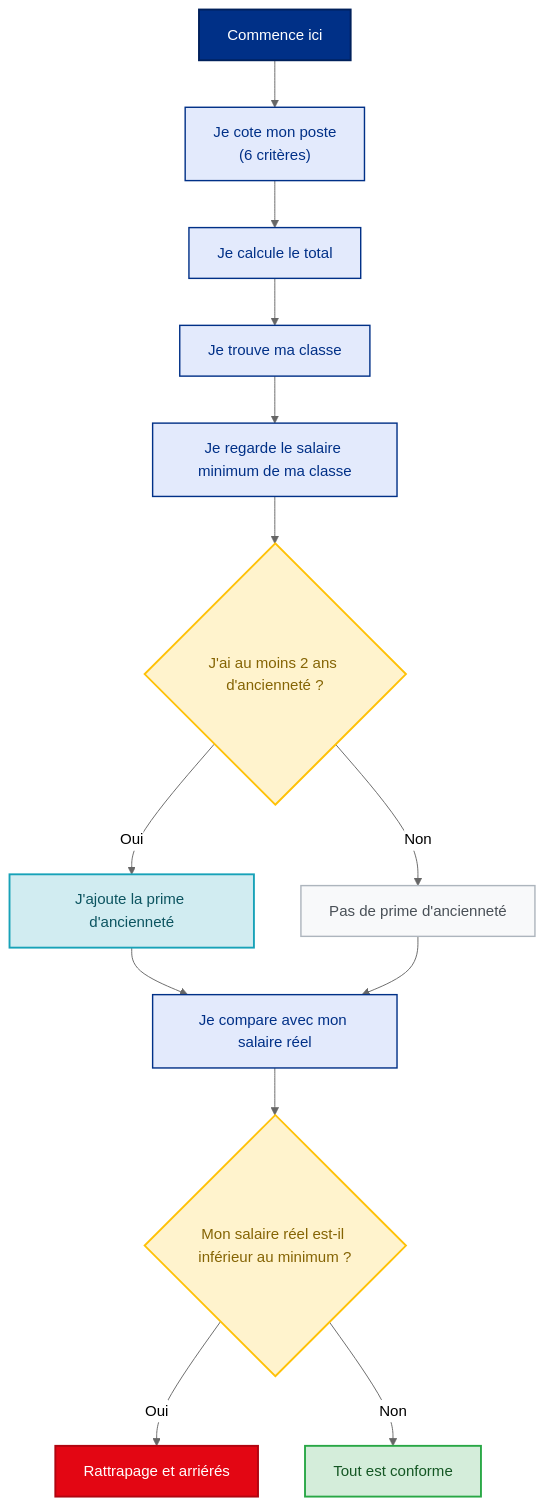
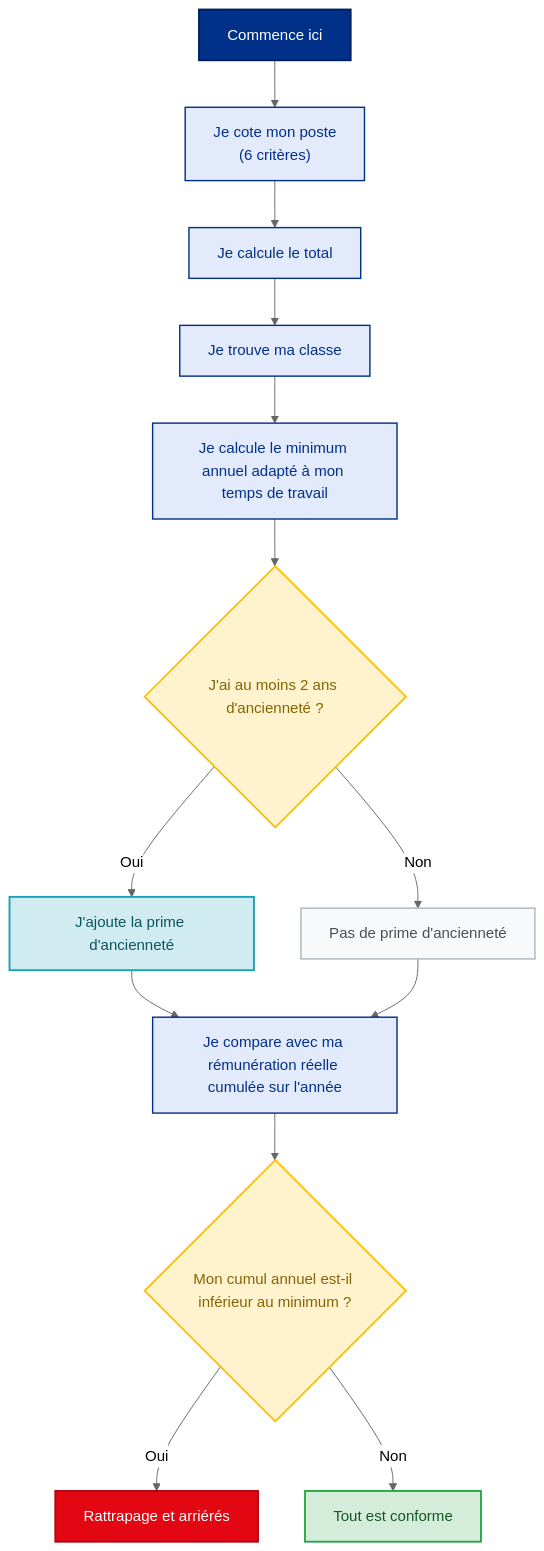
One commit to KSA-Syndic/cfdt-kuhn changed the diagram in content/droits/convention-collective-metallurgie.md. Above: the diagram before and after it, drawn with Mermaid (neutral theme). The commit also changed other lines of this file, not shown here.

Commit message:
Mise à jour de l'article sur la CNN

```diff
--- a/content/droits/convention-collective-metallurgie.md
+++ b/content/droits/convention-collective-metallurgie.md
@@ -144,31 +186,31 @@
 {{< mermaid >}}
 flowchart TD
     A["Commence ici"]:::start --> B["Je cote mon poste <br> (6 critères)"]:::step
     B --> C["Je calcule le total"]:::step
     C --> D["Je trouve ma classe"]:::step
-    D --> E["Je regarde le salaire minimum de ma classe"]:::step
+    D --> E["Je calcule le minimum annuel adapté à mon temps de travail"]:::step
     E --> F{"J'ai au moins 2 ans d'ancienneté ?"}:::question
     F -- "Oui" --> G["J'ajoute la prime d'ancienneté"]:::bonus
     F -- "Non" --> H["Pas de prime d'ancienneté"]:::neutral
-    G --> I["Je compare avec mon salaire réel"]:::step
+    G --> I["Je compare avec ma rémunération réelle cumulée sur l'année"]:::step
     H --> I
-    I --> J{"Mon salaire réel est-il inférieur au minimum ?"}:::question
+    I --> J{"Mon cumul annuel est-il inférieur au minimum ?"}:::question
     J -- "Oui" --> K["Rattrapage et arriérés"]:::alert
     J -- "Non" --> L["Tout est conforme"]:::success
 
 classDef start fill:#003087,stroke:#00205b,stroke-width:2px,color:#fff;
 classDef step fill:#e3eafc,stroke:#003087,stroke-width:1.5px,color:#003087;
 classDef question fill:#fff3cd,stroke:#ffc107,stroke-width:2px,color:#856404;
 classDef bonus fill:#d1ecf1,stroke:#17a2b8,stroke-width:2px,color:#0c5460;
 classDef neutral fill:#f8f9fa,stroke:#adb5bd,stroke-width:1.5px,color:#495057;
 classDef alert fill:#e30613,stroke:#b00510,stroke-width:2px,color:#fff;
 classDef success fill:#d4edda,stroke:#28a745,stroke-width:2px,color:#155724;
 
 class A start;
 class B,C,D,E step;
 class F,J question;
 class G bonus;
 class H neutral;
 class K alert;
 class L success;
 {{< /mermaid >}}
```
